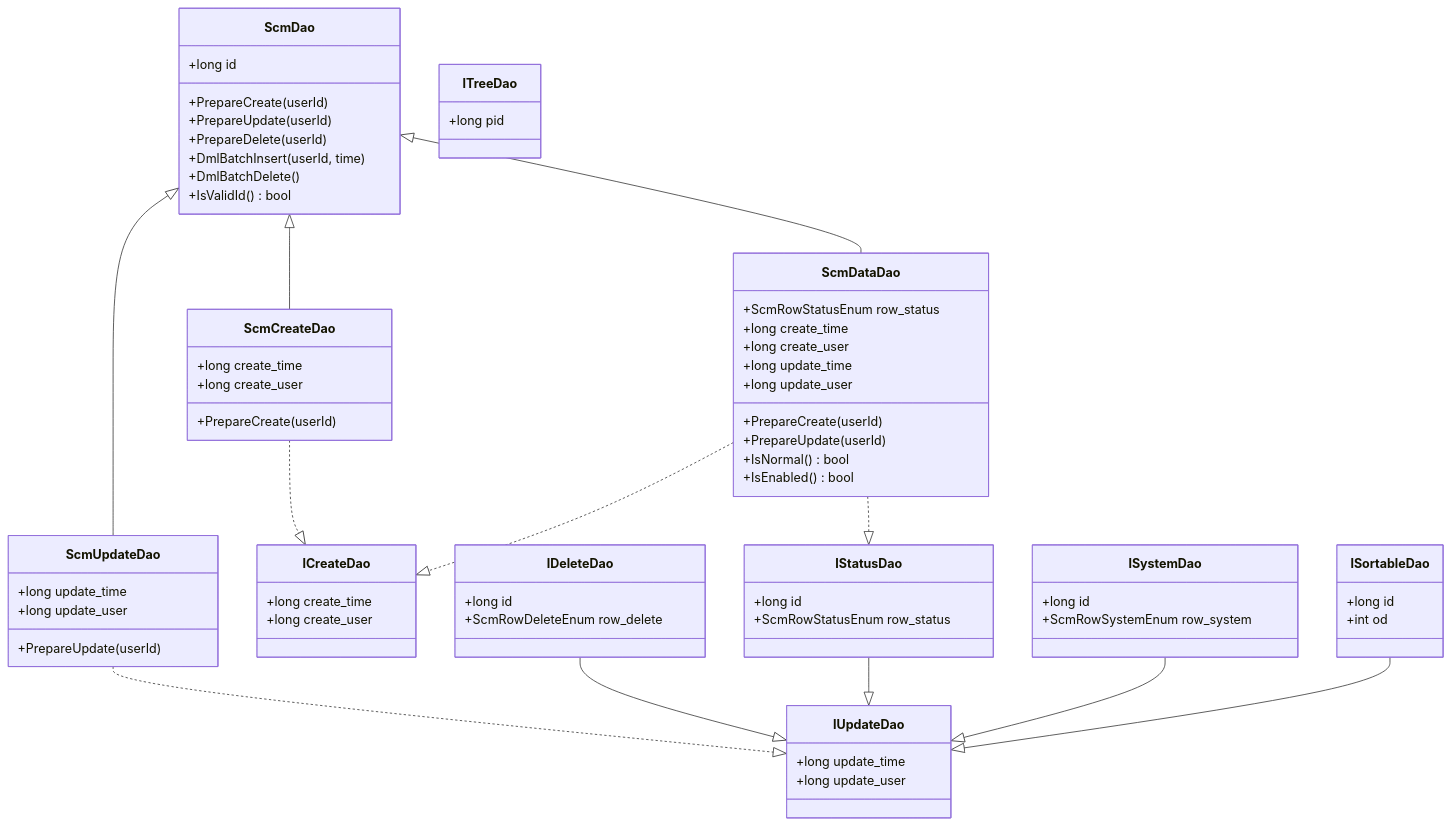
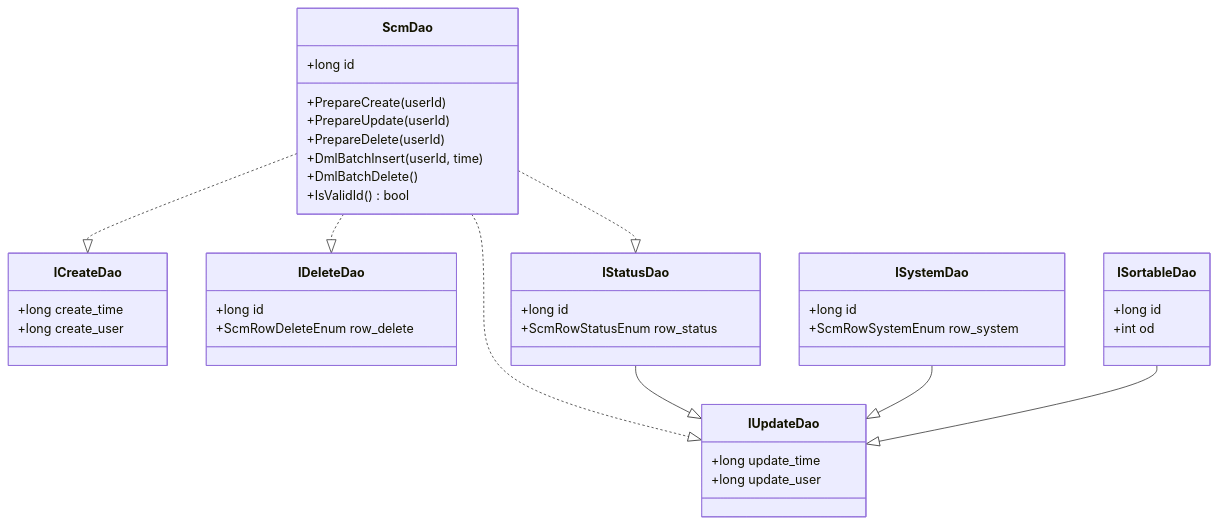
One commit to leadiot/Scm.Net changed the fourth of 7 diagrams in .qoder/repowiki/zh/content/数据访问层/数据访问层.md. Above: the diagram before and after it, drawn with Mermaid. The commit also changed other lines of this file and 17 other files, not shown here.

````diff
--- a/.qoder/repowiki/zh/content/数据访问层/数据访问层.md
+++ b/.qoder/repowiki/zh/content/数据访问层/数据访问层.md
@@ -288,71 +191,43 @@
 ```mermaid
 classDiagram
 class ScmDao {
 +long id
 +PrepareCreate(userId)
 +PrepareUpdate(userId)
 +PrepareDelete(userId)
 +DmlBatchInsert(userId, time)
 +DmlBatchDelete()
 +IsValidId() bool
-}
-class ScmCreateDao {
-+long create_time
-+long create_user
-+PrepareCreate(userId)
-}
-class ScmUpdateDao {
-+long update_time
-+long update_user
-+PrepareUpdate(userId)
-}
-class ScmDataDao {
-+ScmRowStatusEnum row_status
-+long create_time
-+long create_user
-+long update_time
-+long update_user
-+PrepareCreate(userId)
-+PrepareUpdate(userId)
-+IsNormal() bool
-+IsEnabled() bool
 }
 class ICreateDao {
 +long create_time
 +long create_user
 }
 class IUpdateDao {
 +long update_time
 +long update_user
 }
 class IDeleteDao {
 +long id
 +ScmRowDeleteEnum row_delete
 }
 class IStatusDao {
 +long id
 +ScmRowStatusEnum row_status
 }
 class ISystemDao {
 +long id
 +ScmRowSystemEnum row_system
 }
 class ISortableDao {
 +long id
 +int od
 }
-class ITreeDao {
-+long pid
-}
-ScmDao <|-- ScmCreateDao
-ScmDao <|-- ScmUpdateDao
-ScmDao <|-- ScmDataDao
-ScmCreateDao ..|> ICreateDao
-ScmUpdateDao ..|> IUpdateDao
-ScmDataDao ..|> IStatusDao
-ScmDataDao ..|> ICreateDao
-IDeleteDao --|> IUpdateDao
+ScmDao ..|> ICreateDao
+ScmDao ..|> IUpdateDao
+ScmDao ..|> IDeleteDao
+ScmDao ..|> IStatusDao
 IStatusDao --|> IUpdateDao
 ISystemDao --|> IUpdateDao
 ISortableDao --|> IUpdateDao
 ```
````
